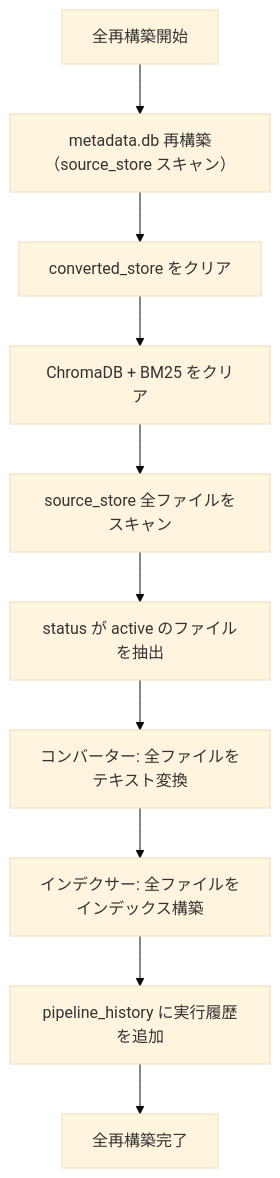
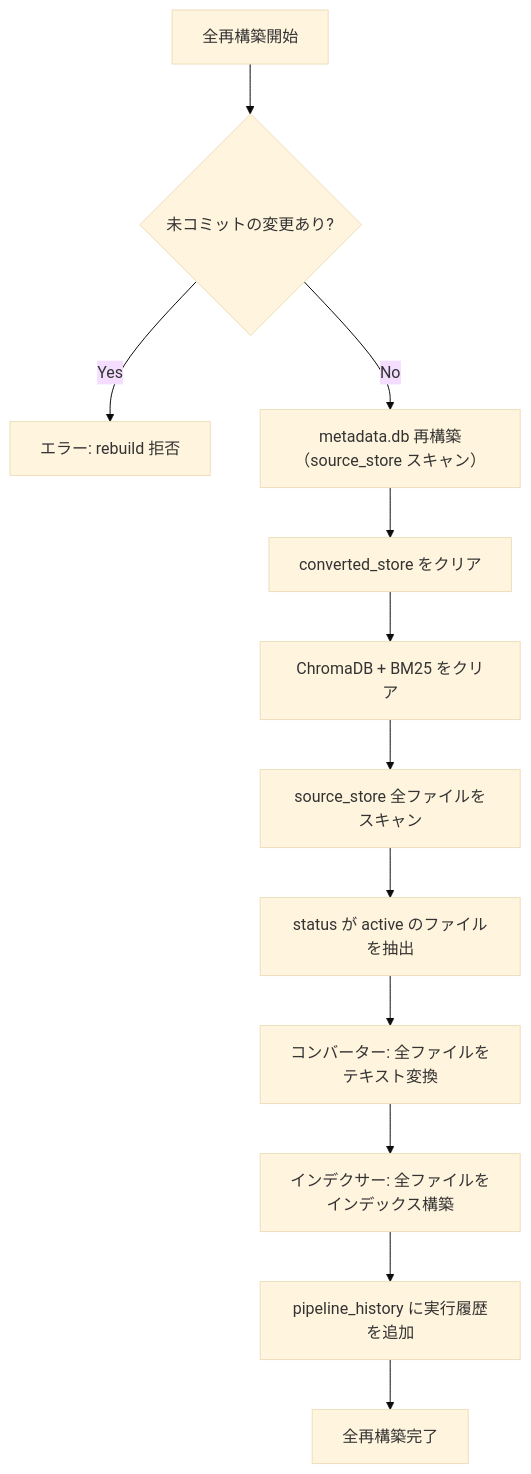
The second of 3 diagrams in docs/specs/pipeline-controller.md (becky3/rag-knowledge), drawn with Mermaid (base theme) before and after one commit. The commit also changed other lines of this file and 7 other files, not shown here.

````diff
--- a/docs/specs/pipeline-controller.md
+++ b/docs/specs/pipeline-controller.md
@@ -115,24 +115,28 @@
 ```mermaid
 flowchart TD
     START["全再構築開始"]
+    CHECK_DIRTY{"未コミットの変更あり?"}
+    ERROR_DIRTY["エラー: rebuild 拒否"]
     CLEAR_CONV["converted_store をクリア"]
     CLEAR_IDX["ChromaDB + BM25 をクリア"]
     SCAN["source_store 全ファイルをスキャン"]
     FILTER["status が active のファイルを抽出"]
     CONVERT["コンバーター: 全ファイルをテキスト変換"]
     INDEX["インデクサー: 全ファイルをインデックス構築"]
     UPDATE["pipeline_history に実行履歴を追加"]
     END_NODE["全再構築完了"]
 
     REBUILD_DB["metadata.db 再構築（source_store スキャン）"]
 
-    START --> REBUILD_DB
+    START --> CHECK_DIRTY
+    CHECK_DIRTY -- Yes --> ERROR_DIRTY
+    CHECK_DIRTY -- No --> REBUILD_DB
     REBUILD_DB --> CLEAR_CONV
     CLEAR_CONV --> CLEAR_IDX
     CLEAR_IDX --> SCAN
     SCAN --> FILTER
     FILTER --> CONVERT
     CONVERT --> INDEX
     INDEX --> UPDATE
     UPDATE --> END_NODE
 ```
````
